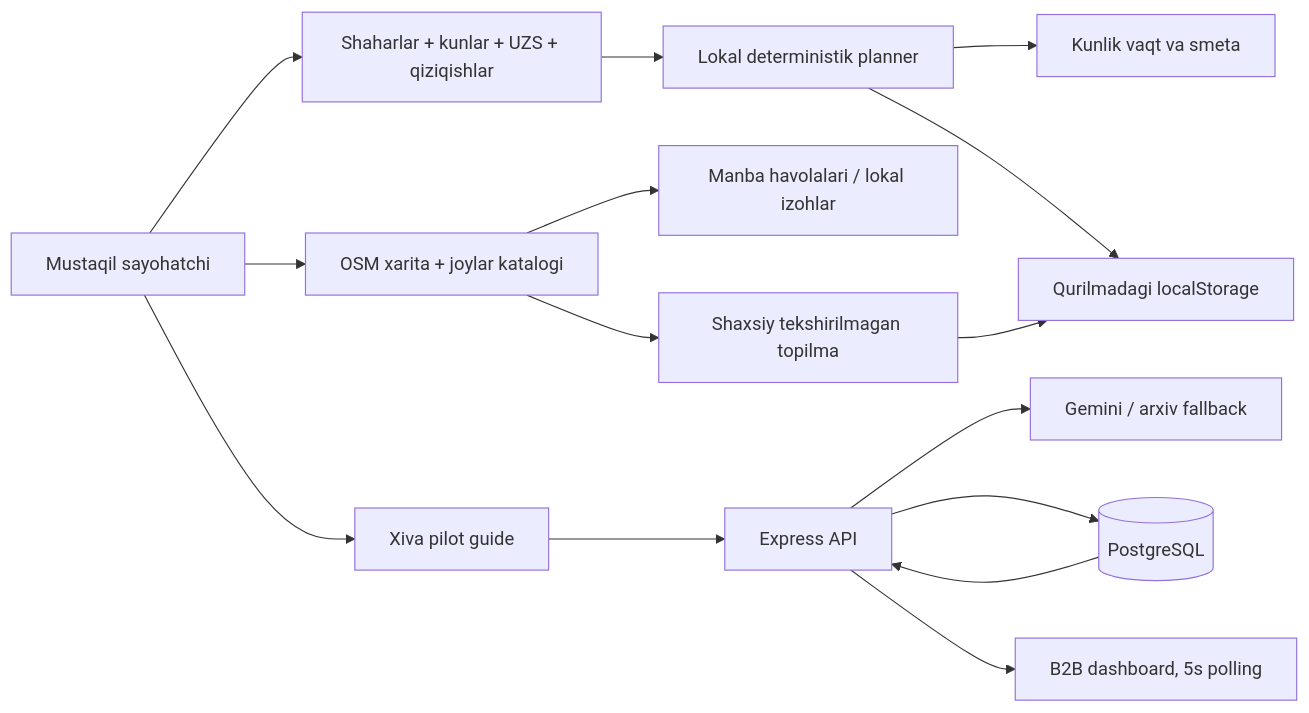
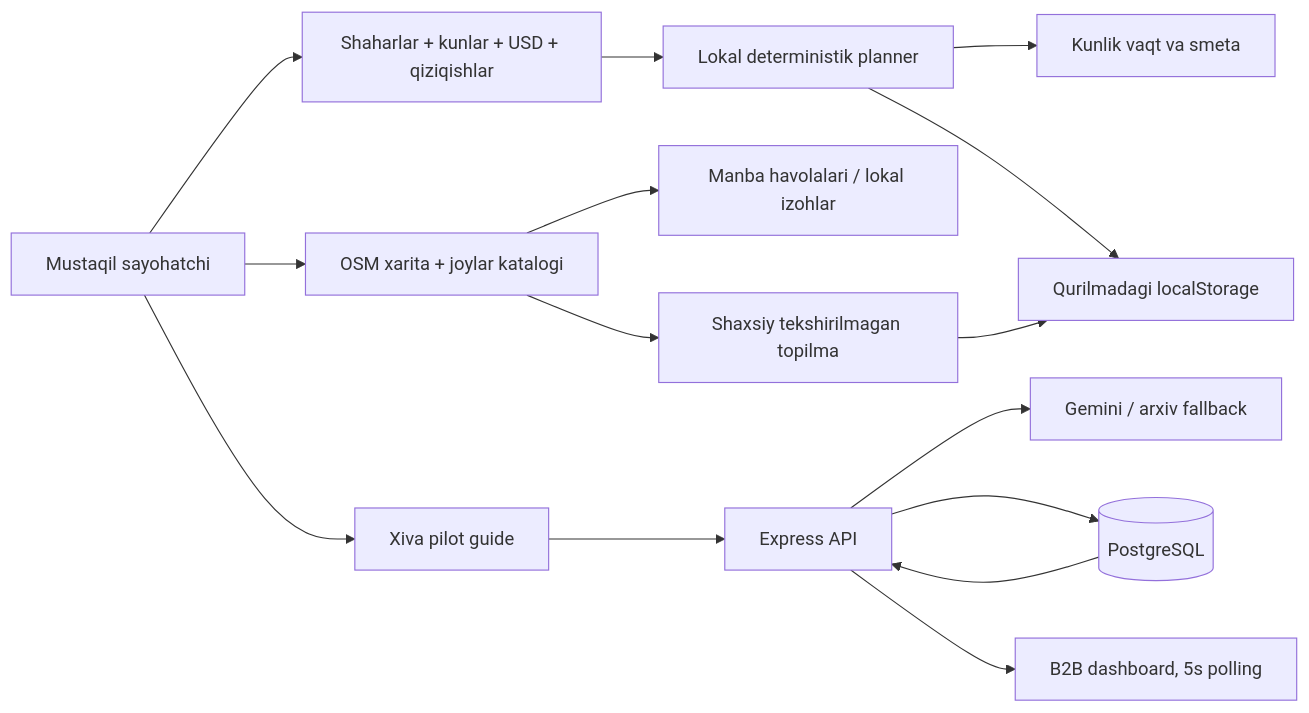
Before and after one commit to sfarruhbek/SmartGuide: the diagram in documentation/ARCHITECTURE.md, drawn with Mermaid. The commit also changed other lines of this file and 10 other files, not shown here.

````diff
--- a/documentation/ARCHITECTURE.md
+++ b/documentation/ARCHITECTURE.md
@@ -7,17 +7,17 @@
 ```mermaid
 flowchart LR
-  User[Mustaqil sayohatchi] --> Form[Shaharlar + kunlar + UZS + qiziqishlar]
+  User[Mustaqil sayohatchi] --> Form[Shaharlar + kunlar + USD + qiziqishlar]
   Form --> Planner[Lokal deterministik planner]
   Planner --> Days[Kunlik vaqt va smeta]
   Planner --> Storage[Qurilmadagi localStorage]
   User --> Map[OSM xarita + joylar katalogi]
   Map --> Sources[Manba havolalari / lokal izohlar]
   Map --> Draft[Shaxsiy tekshirilmagan topilma]
   Draft --> Storage
   User --> Pilot[Xiva pilot guide]
   Pilot --> API[Express API]
   API --> AI[Gemini / arxiv fallback]
   API --> DB[(PostgreSQL)]
   DB --> API
   API --> Dash[B2B dashboard, 5s polling]
 ```
````
